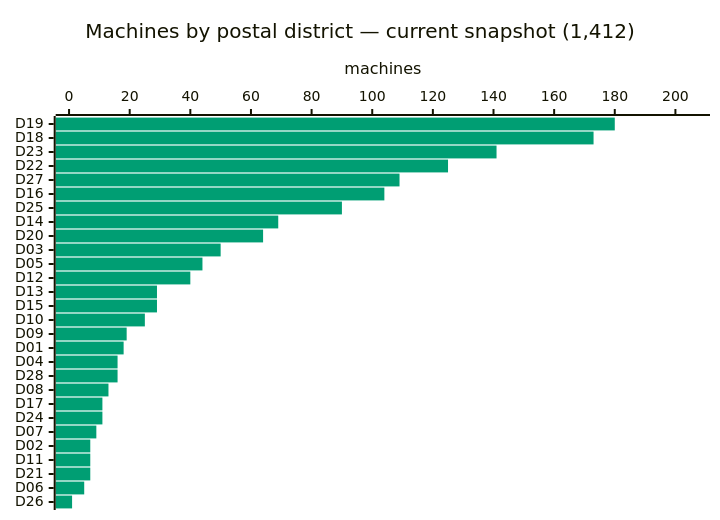
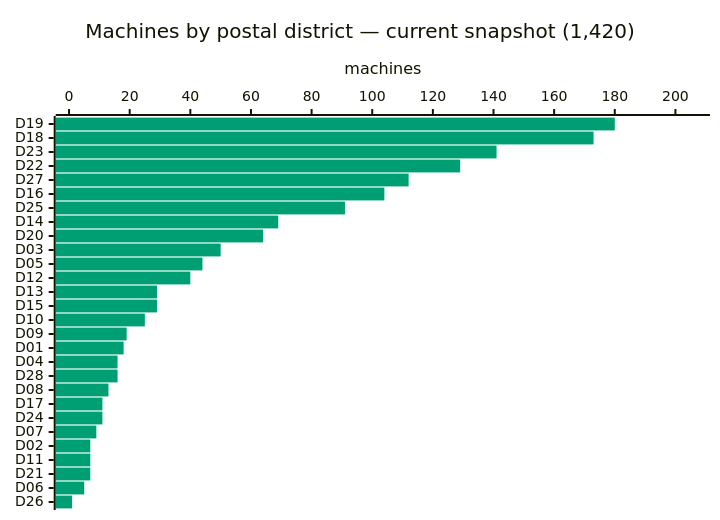
Before and after one commit to cheeaun/returnright-data: the third of 5 diagrams in ANALYSIS.md, drawn with Mermaid. The commit also changed other lines of this file and 4 other files, not shown here.

````diff
--- a/ANALYSIS.md
+++ b/ANALYSIS.md
@@ -88,16 +90,16 @@
 ```mermaid
 ---
 config:
   themeVariables:
     xyChart:
       plotColorPalette: "#009E73"
   xyChart:
     chartOrientation: "horizontal"
     plotReservedSpacePercent: 40
 ---
 xychart-beta
-    title "Machines by postal district — current snapshot (1,412)"
+    title "Machines by postal district — current snapshot (1,420)"
     x-axis ["D19", "D18", "D23", "D22", "D27", "D16", "D25", "D14", "D20", "D03", "D05", "D12", "D13", "D15", "D10", "D09", "D01", "D04", "D28", "D08", "D17", "D24", "D07", "D02", "D11", "D21", "D06", "D26"]
     y-axis "machines" 0 --> 207
-    bar [180, 173, 141, 125, 109, 104, 90, 69, 64, 50, 44, 40, 29, 29, 25, 19, 18, 16, 16, 13, 11, 11, 9, 7, 7, 7, 5, 1]
+    bar [180, 173, 141, 129, 112, 104, 91, 69, 64, 50, 44, 40, 29, 29, 25, 19, 18, 16, 16, 13, 11, 11, 9, 7, 7, 7, 5, 1]
 ```
````
